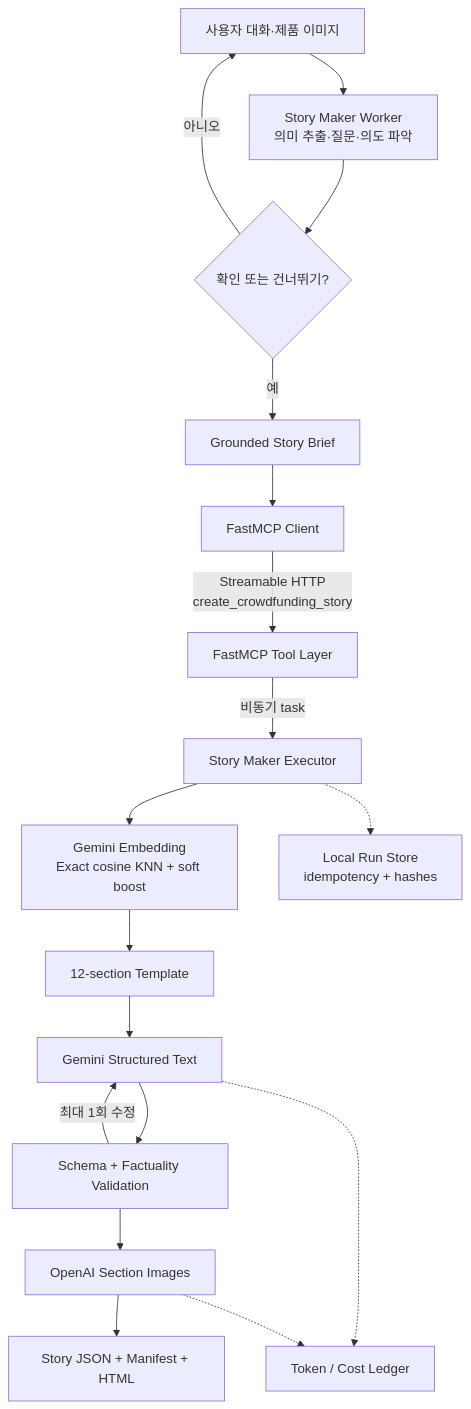
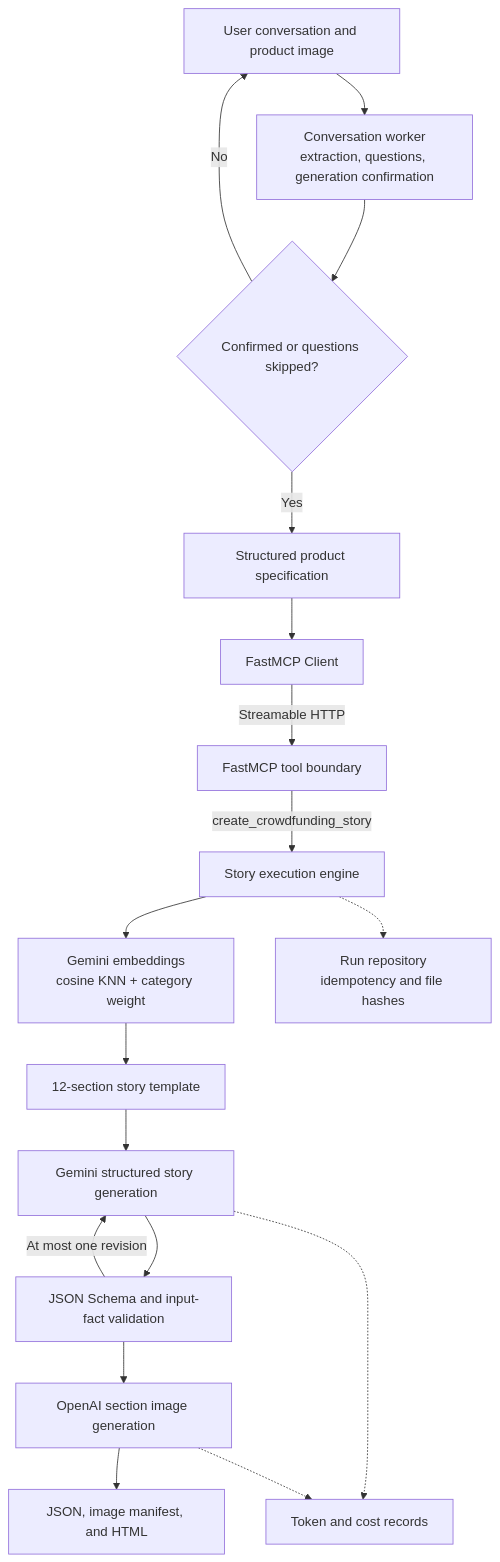
One commit to KT-Cloud-Tech-Up-team6/funding-story-ai changed the diagram in README.md. Above: the diagram before and after it, drawn with Mermaid. The commit also changed other lines of this file and 3 other files, not shown here.

````diff
--- a/README.md
+++ b/README.md
@@ -185,23 +217,23 @@
 ```mermaid
 flowchart TB
-    U["사용자 대화·제품 이미지"] --> W["Story Maker Worker<br/>의미 추출·질문·의도 파악"]
-    W --> Q{"확인 또는 건너뛰기?"}
-    Q -->|"아니오"| U
-    Q -->|"예"| B["Grounded Story Brief"]
+    U["User conversation and product image"] --> A["Conversation worker<br/>extraction, questions, generation confirmation"]
+    A --> Q{"Confirmed or questions skipped?"}
+    Q -->|"No"| U
+    Q -->|"Yes"| D["Structured product specification"]
 
-    B --> C["FastMCP Client"]
-    C -->|"Streamable HTTP<br/>create_crowdfunding_story"| M["FastMCP Tool Layer"]
-    M -->|"비동기 task"| E["Story Maker Executor"]
+    D --> C["FastMCP Client"]
+    C -->|"Streamable HTTP"| M["FastMCP tool boundary"]
+    M -->|"create_crowdfunding_story"| E["Story execution engine"]
 
-    E --> K["Gemini Embedding<br/>Exact cosine KNN + soft boost"]
-    K --> T["12-section Template"]
-    T --> G["Gemini Structured Text"]
-    G --> V["Schema + Factuality Validation"]
-    V -->|"최대 1회 수정"| G
-    V --> I["OpenAI Section Images"]
-    I --> R["Story JSON + Manifest + HTML"]
+    E --> K["Gemini embeddings<br/>cosine KNN + category weight"]
+    K --> T["12-section story template"]
+    T --> G["Gemini structured story generation"]
+    G --> V["JSON Schema and input-fact validation"]
+    V -->|"At most one revision"| G
+    V --> I["OpenAI section image generation"]
+    I --> R["JSON, image manifest, and HTML"]
 
-    E -.-> L["Local Run Store<br/>idempotency + hashes"]
-    G -.-> X["Token / Cost Ledger"]
+    E -.-> L["Run repository<br/>idempotency and file hashes"]
+    G -.-> X["Token and cost records"]
     I -.-> X
 ```
````
